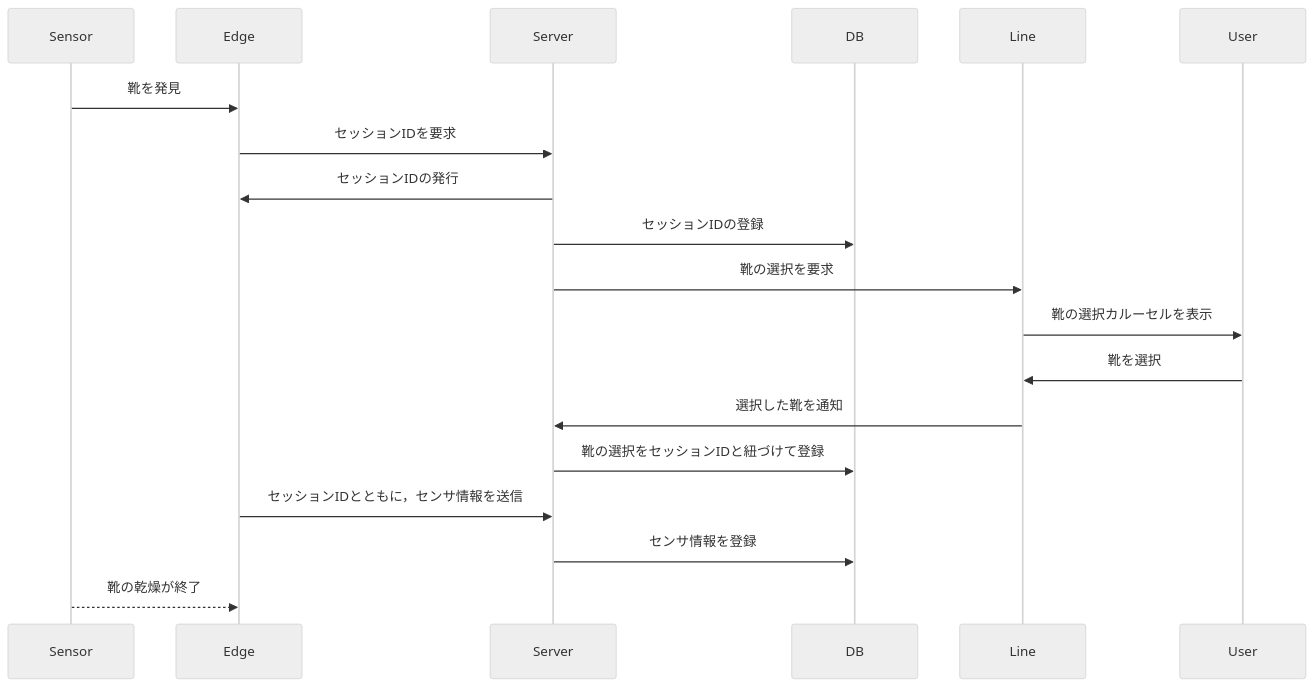
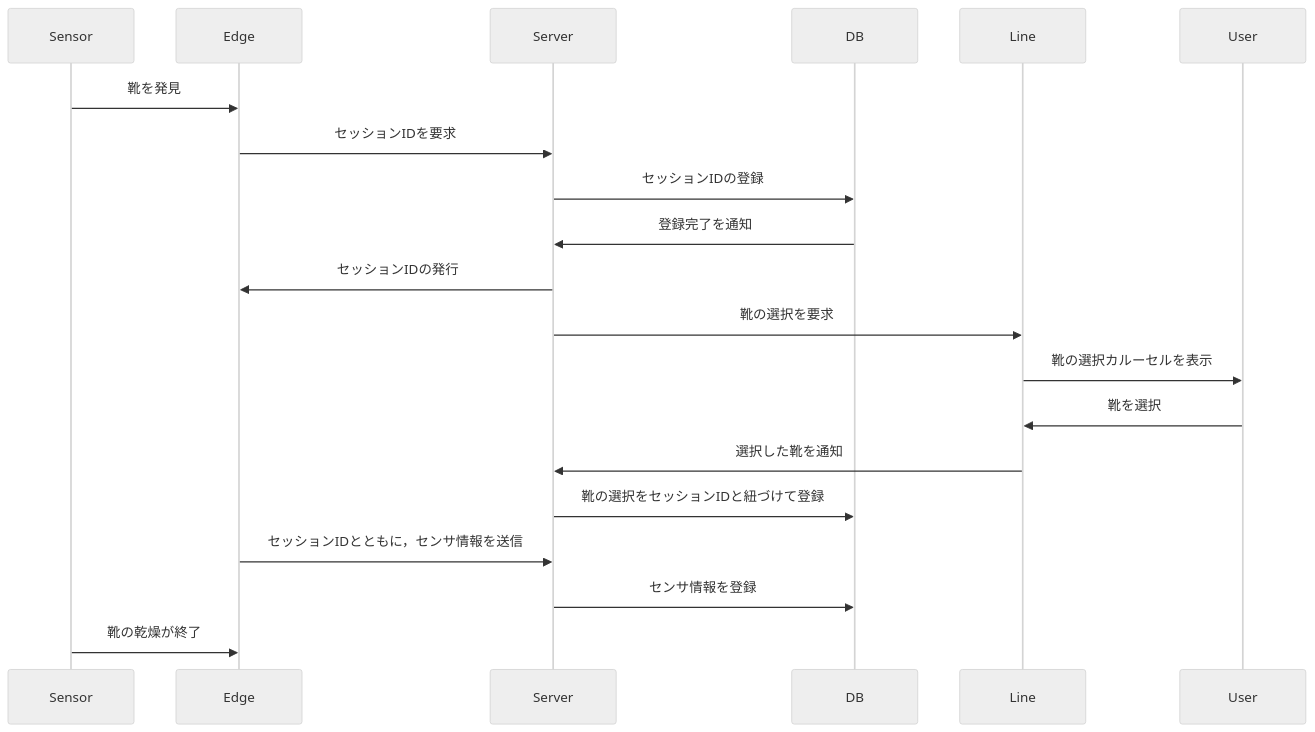
The diagram in doc/sel_shoe.md (jphacks/KB_2315), drawn with Mermaid (neutral theme) before and after one commit. The commit also changed other lines of this file, not shown here.

Commit message:
Update Diagram

````diff
--- a/doc/sel_shoe.md
+++ b/doc/sel_shoe.md
@@ -3,16 +5,17 @@
 ```mermaid
 sequenceDiagram
     Sensor  ->>     Edge    : 靴を発見
     Edge    ->>     Server  : セッションIDを要求
+    Server  ->>     DB      : セッションIDの登録
+    DB      ->>     Server  : 登録完了を通知
     Server  ->>     Edge    : セッションIDの発行
-    Server  ->>     DB      : セッションIDの登録
     Server  ->>     Line    : 靴の選択を要求
     Line    ->>     User    : 靴の選択カルーセルを表示
     User    ->>     Line    : 靴を選択
     Line    ->>     Server  : 選択した靴を通知
     Server  ->>     DB      : 靴の選択をセッションIDと紐づけて登録
-    Edge    ->>    Server  : セッションIDとともに，センサ情報を送信
-    Server  ->>    DB      : センサ情報を登録
-    Sensor  -->>    Edge    : 靴の乾燥が終了
+    Edge    ->>     Server  : セッションIDとともに，センサ情報を送信
+    Server  ->>     DB      : センサ情報を登録
+    Sensor  ->>    Edge    : 靴の乾燥が終了
 
 ```
````
